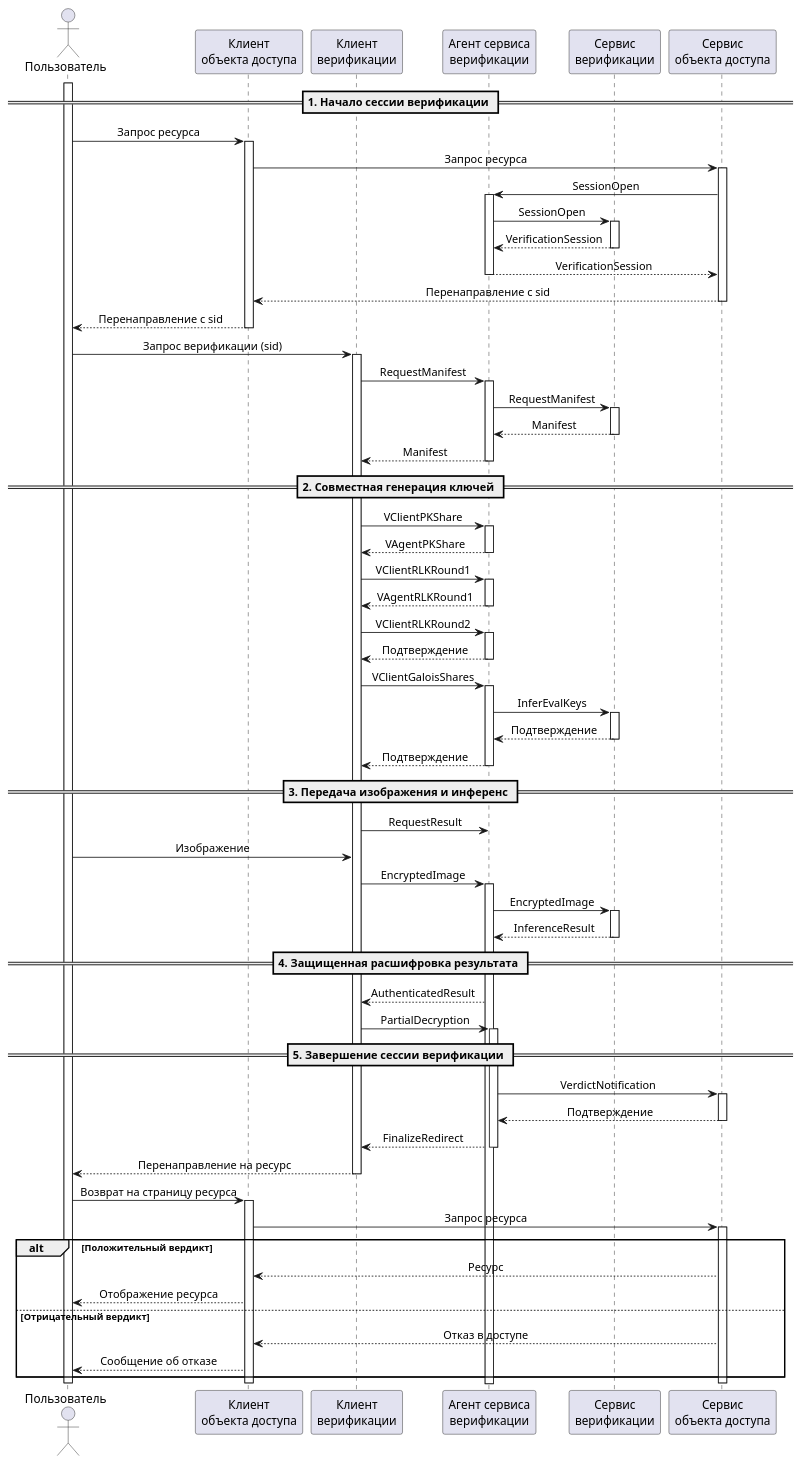
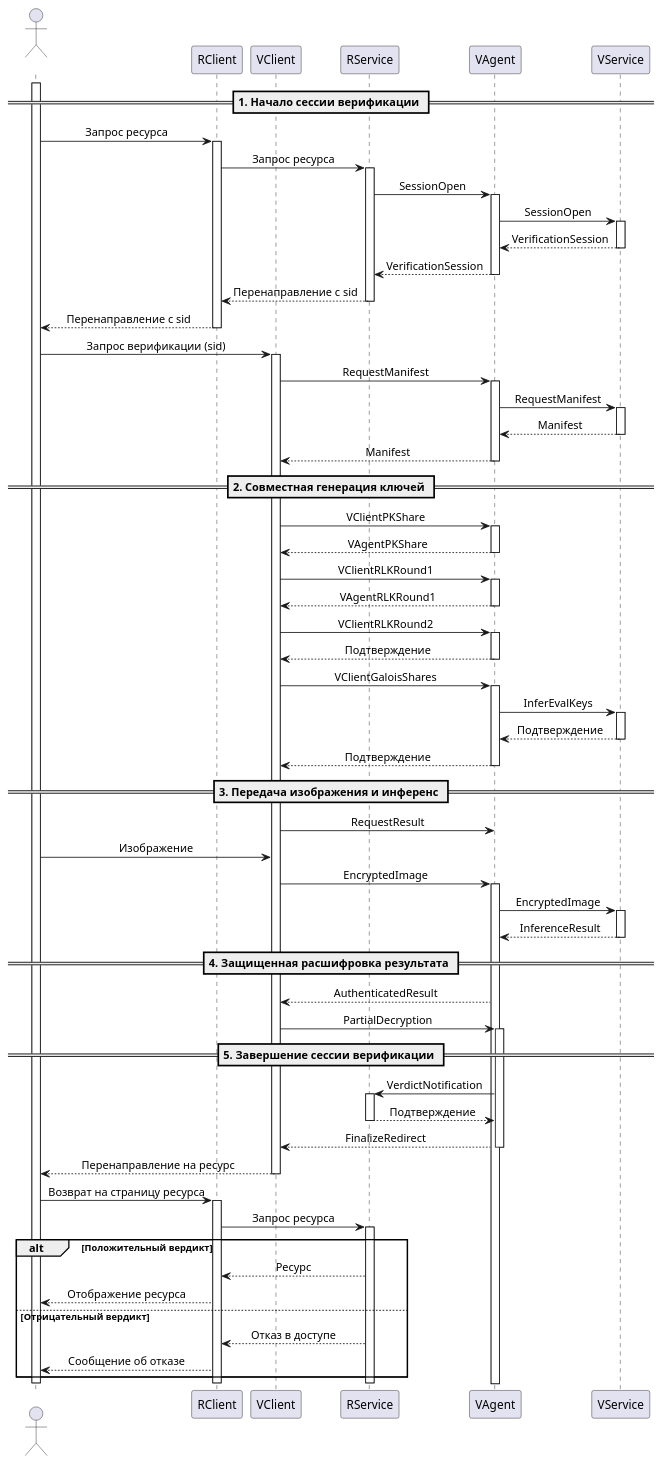
The diagram in docs/protocol-simple.puml (butvinm/ppiav), drawn with PlantUML before and after one commit. The commit also changed 4 other files, not shown here.

First line of the commit message:
docs(diagrams): short participant names, ignore rendered PNGs

```diff
--- a/docs/protocol-simple.puml
+++ b/docs/protocol-simple.puml
@@ -1,71 +1,71 @@
 @startuml protocol-simple
 skinparam responseMessageBelowArrow true
 skinparam sequenceMessageAlign center
 skinparam maxMessageSize 200
 
-actor "Пользователь" as User
-participant "Клиент\nобъекта доступа" as ResourceClient
-participant "Клиент\nверификации" as VerificationClient
-participant "Агент сервиса\nверификации" as VerificationAgent
-participant "Сервис\nверификации" as VerificationService
-participant "Сервис\nобъекта доступа" as ResourceService
+actor " " as User
+participant "RClient" as ResourceClient
+participant "VClient" as VerificationClient
+participant "RService" as ResourceService
+participant "VAgent" as VerificationAgent
+participant "VService" as VerificationService
 
 activate User
 
 == 1. Начало сессии верификации ==
 User -> ResourceClient ++ : Запрос ресурса
 ResourceClient -> ResourceService ++ : Запрос ресурса
 ResourceService -> VerificationAgent ++ : SessionOpen
 VerificationAgent -> VerificationService ++ : SessionOpen
 VerificationService --> VerificationAgent -- : VerificationSession
 VerificationAgent --> ResourceService -- : VerificationSession
 ResourceService --> ResourceClient -- : Перенаправление с sid
 ResourceClient --> User -- : Перенаправление с sid
 User -> VerificationClient ++ : Запрос верификации (sid)
 VerificationClient -> VerificationAgent ++ : RequestManifest
 VerificationAgent -> VerificationService ++ : RequestManifest
 VerificationService --> VerificationAgent -- : Manifest
 VerificationAgent --> VerificationClient -- : Manifest
 
 == 2. Совместная генерация ключей ==
 VerificationClient -> VerificationAgent ++ : VClientPKShare
 VerificationAgent --> VerificationClient -- : VAgentPKShare
 VerificationClient -> VerificationAgent ++ : VClientRLKRound1
 VerificationAgent --> VerificationClient -- : VAgentRLKRound1
 VerificationClient -> VerificationAgent ++ : VClientRLKRound2
 VerificationAgent --> VerificationClient -- : Подтверждение
 VerificationClient -> VerificationAgent ++ : VClientGaloisShares
 VerificationAgent -> VerificationService ++ : InferEvalKeys
 VerificationService --> VerificationAgent -- : Подтверждение
 VerificationAgent --> VerificationClient -- : Подтверждение
 
 == 3. Передача изображения и инференс ==
 VerificationClient -> VerificationAgent : RequestResult
 User -> VerificationClient : Изображение
 VerificationClient -> VerificationAgent ++ : EncryptedImage
 VerificationAgent -> VerificationService ++ : EncryptedImage
 VerificationService --> VerificationAgent -- : InferenceResult
 
 == 4. Защищенная расшифровка результата ==
 VerificationAgent --> VerificationClient : AuthenticatedResult
 VerificationClient -> VerificationAgent ++ : PartialDecryption
 
 == 5. Завершение сессии верификации ==
 VerificationAgent -> ResourceService ++ : VerdictNotification
 ResourceService --> VerificationAgent -- : Подтверждение
 VerificationAgent --> VerificationClient -- : FinalizeRedirect
 VerificationClient --> User -- : Перенаправление на ресурс
 User -> ResourceClient ++ : Возврат на страницу ресурса
 ResourceClient -> ResourceService ++ : Запрос ресурса
 alt Положительный вердикт
     ResourceService --> ResourceClient : Ресурс
     ResourceClient --> User : Отображение ресурса
 else Отрицательный вердикт
     ResourceService --> ResourceClient : Отказ в доступе
     ResourceClient --> User : Сообщение об отказе
 end
 deactivate ResourceService
 deactivate ResourceClient
 deactivate User
 
 @enduml
```
